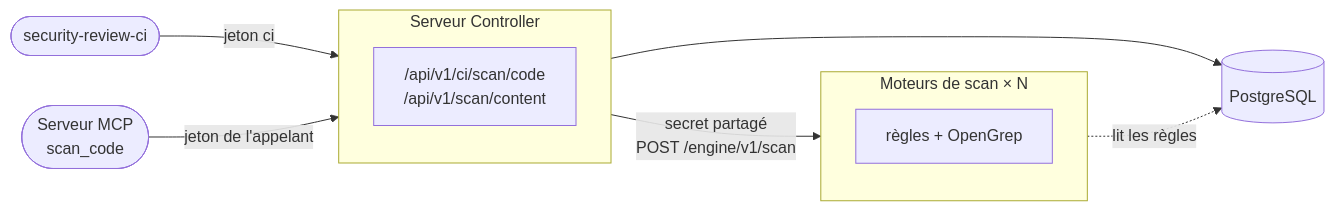
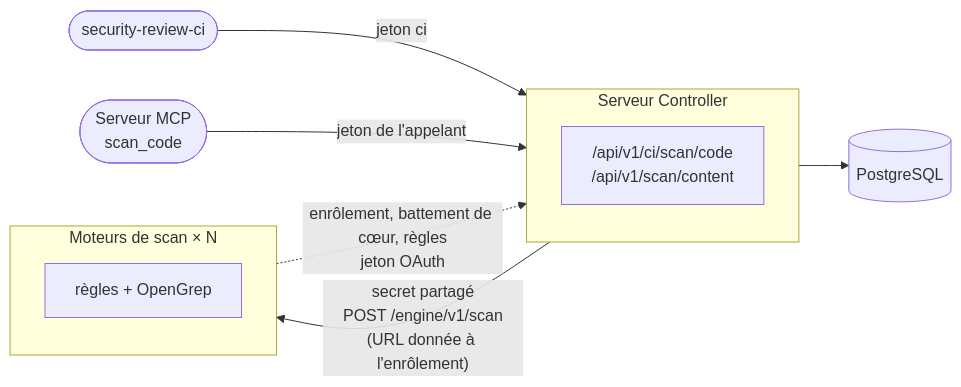
The diagram in docs/advanced/architecture/scan-engine.fr.md (cyr-ius/security-review), drawn with Mermaid before and after one commit. The commit also changed other lines of this file and 63 other files, not shown here.

````diff
--- a/docs/advanced/architecture/scan-engine.fr.md
+++ b/docs/advanced/architecture/scan-engine.fr.md
@@ -11,14 +11,14 @@
 ```mermaid
 flowchart LR
     ci(["security-review-ci"]) -- "jeton ci" --> ctl
     mcp(["Serveur MCP<br/>scan_code"]) -- "jeton de l'appelant" --> ctl
     subgraph ctl["Serveur Controller"]
         ctlr["/api/v1/ci/scan/code<br/>/api/v1/scan/content"]
     end
-    ctl -- "secret partagé<br/>POST /engine/v1/scan" --> eng
+    ctl -- "secret partagé<br/>POST /engine/v1/scan<br/>(URL donnée à l'enrôlement)" --> eng
+    eng -. "enrôlement, battement de cœur, règles<br/>jeton OAuth" .-> ctl
     subgraph eng["Moteurs de scan × N"]
         engr["règles + OpenGrep"]
     end
     ctl --> db[("PostgreSQL")]
-    eng -. "lit les règles" .-> db
 ```
````
